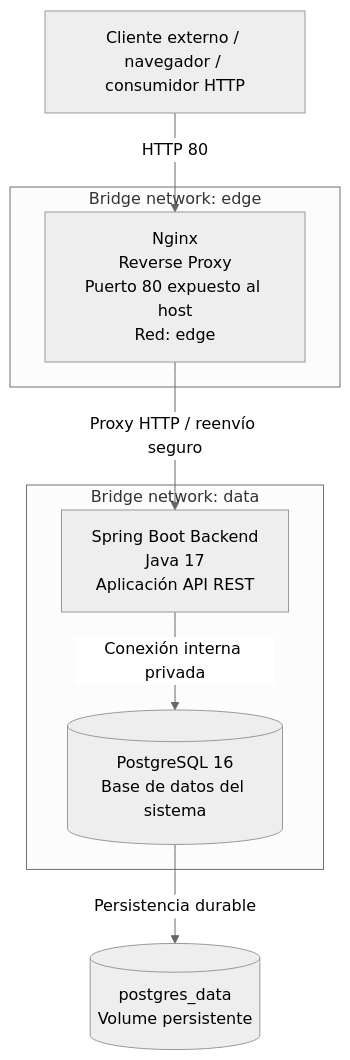
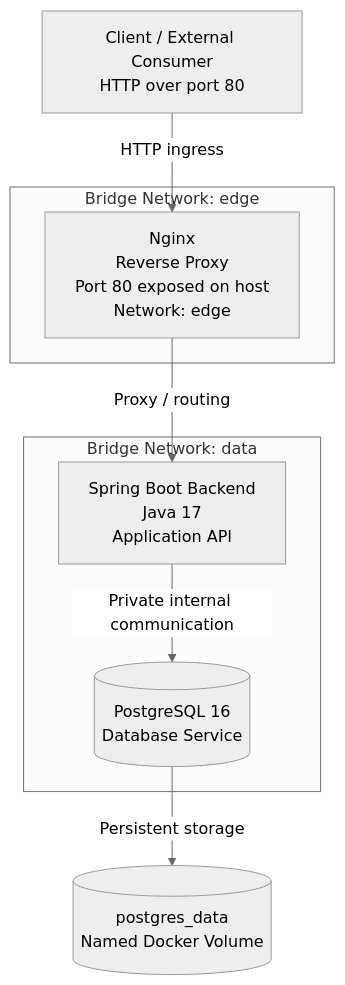
The diagram in README.md (oskar-ortiz/ecoair-docker-backend), drawn with Mermaid (neutral theme) before and after one commit. The commit also changed other lines of this file, not shown here.

Commit message:
Insertar una sección premium de arquitectura visual y topología de contenedores sin tocar el contenido previo del README

````diff
--- a/README.md
+++ b/README.md
@@ -25,25 +25,26 @@
 ```mermaid
 flowchart TD
-    Client[Cliente externo / navegador / consumidor HTTP] -->|HTTP 80| Nginx[Nginx
+    Client[Client / External Consumer
+HTTP over port 80] -->|HTTP ingress| Nginx[Nginx
 Reverse Proxy
-Puerto 80 expuesto al host
-Red: edge]
+Port 80 exposed on host
+Network: edge]
 
-    subgraph Edge[Bridge network: edge]
+    subgraph Edge["Bridge Network: edge"]
         Nginx
     end
 
-    Nginx -->|Proxy HTTP / reenvío seguro| Backend[Spring Boot Backend
+    Nginx -->|Proxy / routing| Backend[Spring Boot Backend
 Java 17
-Aplicación API REST]
+Application API]
 
-    subgraph Data[Bridge network: data]
+    subgraph Data["Bridge Network: data"]
         Backend
         Postgres[(PostgreSQL 16
-Base de datos del sistema)]
+Database Service)]
     end
 
-    Backend -->|Conexión interna privada| Postgres
-    Postgres -->|Persistencia durable| Volume[(postgres_data
-Volume persistente)]
+    Backend -->|Private internal communication| Postgres
+    Postgres -->|Persistent storage| Volume[(postgres_data
+Named Docker Volume)]
 ```
````
